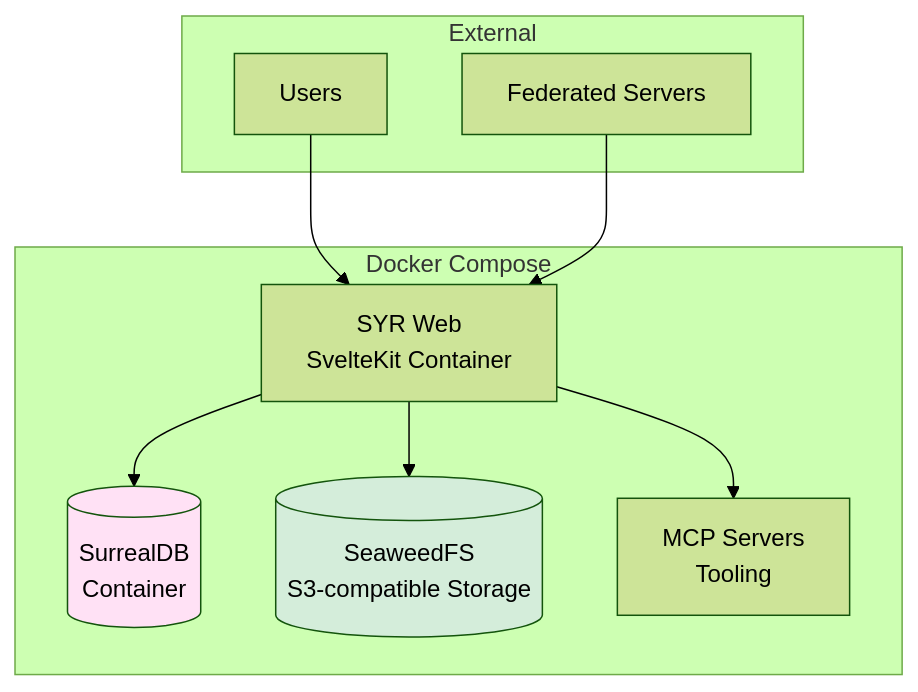
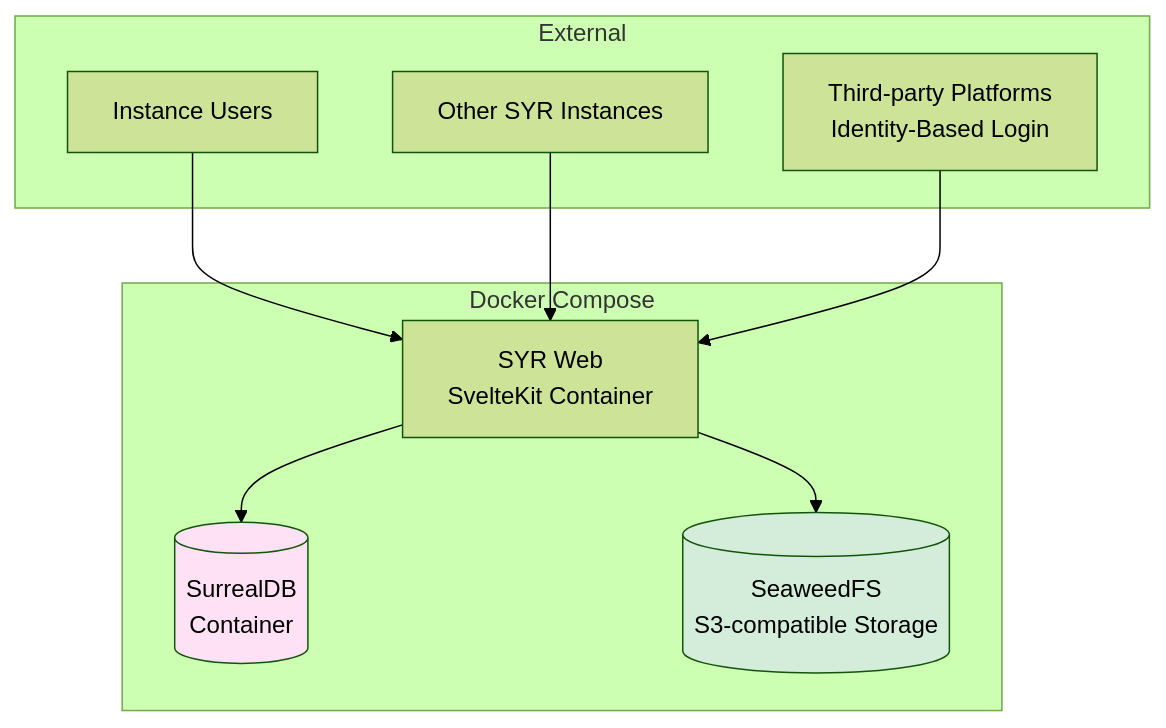
Diagram 15 of 19 in Architecture.md (syr-is/syr), drawn with Mermaid (forest theme) before and after one commit. The commit also changed other lines of this file and 491 other files, not shown here.

````diff
--- a/Architecture.md
+++ b/Architecture.md
@@ -544,23 +579,23 @@
 ```mermaid
 graph TB
     subgraph "Docker Compose"
         Web[SYR Web<br/>SvelteKit Container]
         DB[(SurrealDB<br/>Container)]
         S3[(SeaweedFS<br/>S3-compatible Storage)]
-        MCP[MCP Servers<br/>Tooling]
     end
 
     subgraph "External"
-        Users[Users]
-        Federation[Federated Servers]
+        Users[Instance Users]
+        Federation[Other SYR Instances]
+        ThirdParty[Third-party Platforms<br/>Identity-Based Login]
     end
 
     Users --> Web
     Federation --> Web
+    ThirdParty --> Web
     Web --> DB
     Web --> S3
-    Web --> MCP
 
     style DB fill:#ffe1f5
     style S3 fill:#d4edda
 ```
````
